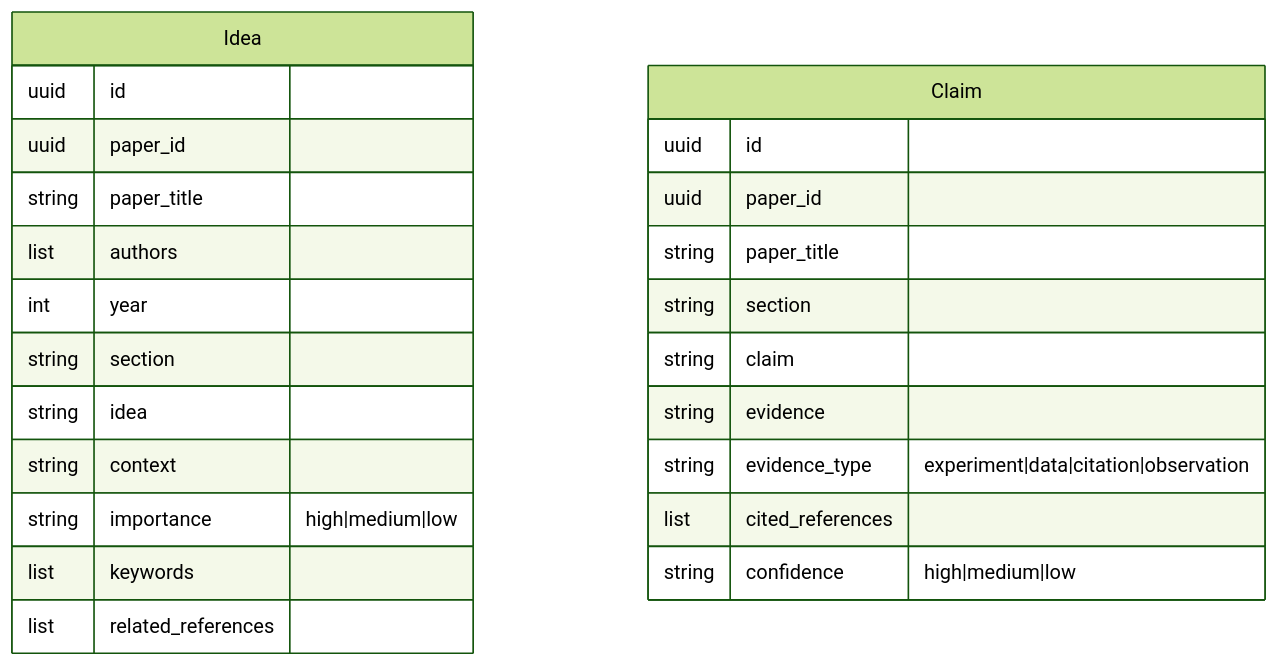
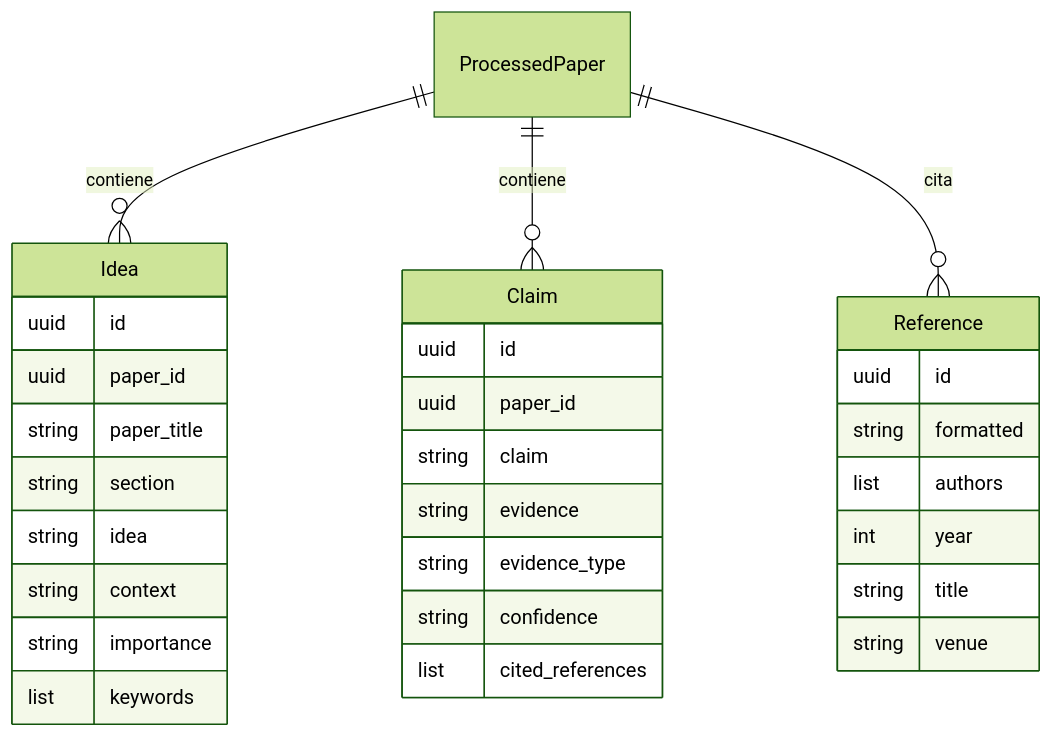
Before and after one commit to mikelval82/TheAiWriter: the eighth of 8 diagrams in docs/architecture.md, drawn with Mermaid (forest theme). The commit also changed other lines of this file and 2 other files, not shown here.

First line of the commit message:
docs: consolidate architecture documentation with mermaid diagrams

````diff
--- a/docs/architecture.md
+++ b/docs/architecture.md
@@ -328,28 +364,36 @@
 ```mermaid
 erDiagram
+    ProcessedPaper ||--o{ Idea : contiene
+    ProcessedPaper ||--o{ Claim : contiene
+    ProcessedPaper ||--o{ Reference : cita
+    
     Idea {
         uuid id
         uuid paper_id
         string paper_title
-        list authors
-        int year
         string section
         string idea
         string context
-        string importance "high|medium|low"
+        string importance
         list keywords
-        list related_references
     }
     
     Claim {
         uuid id
         uuid paper_id
-        string paper_title
-        string section
         string claim
         string evidence
-        string evidence_type "experiment|data|citation|observation"
+        string evidence_type
+        string confidence
         list cited_references
-        string confidence "high|medium|low"
+    }
+    
+    Reference {
+        uuid id
+        string formatted
+        list authors
+        int year
+        string title
+        string venue
     }
 ```
````
